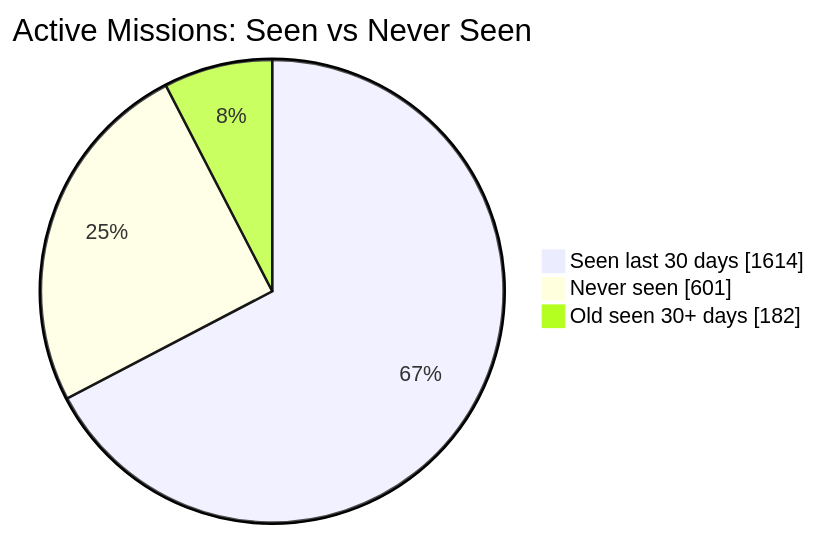
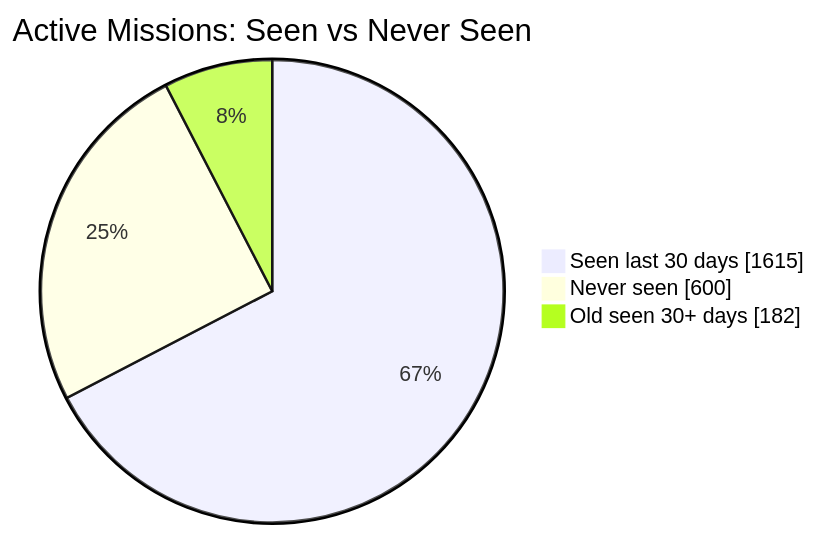
One commit to MeldkamerspelGameTeam/active-missions changed the first of 2 diagrams in README.md. Above: the diagram before and after it, drawn with Mermaid. The commit also changed other lines of this file and 2 other files, not shown here.

````diff
--- a/README.md
+++ b/README.md
@@ -34,7 +34,7 @@
 ```mermaid
 pie showData
     title Active Missions: Seen vs Never Seen
-    "Seen last 30 days" : 1614
-    "Never seen" : 601
+    "Seen last 30 days" : 1615
+    "Never seen" : 600
     "Old seen 30+ days" : 182
 ```
````
